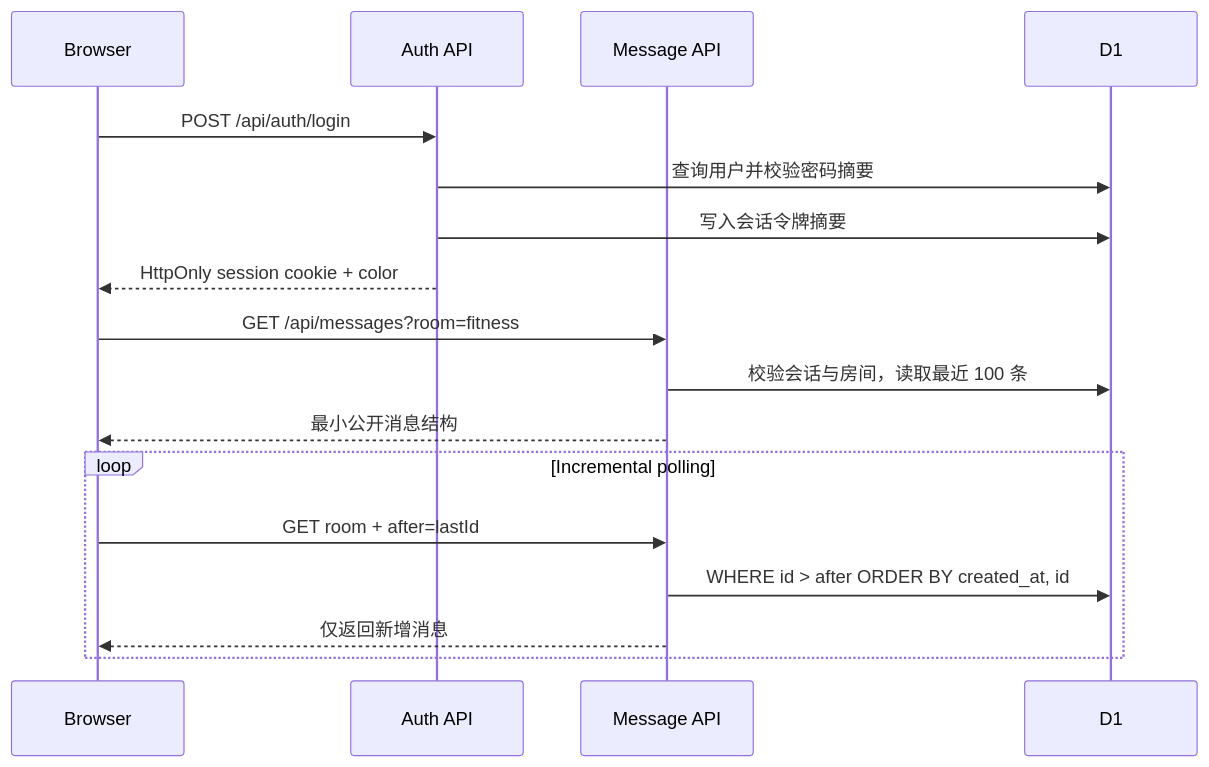
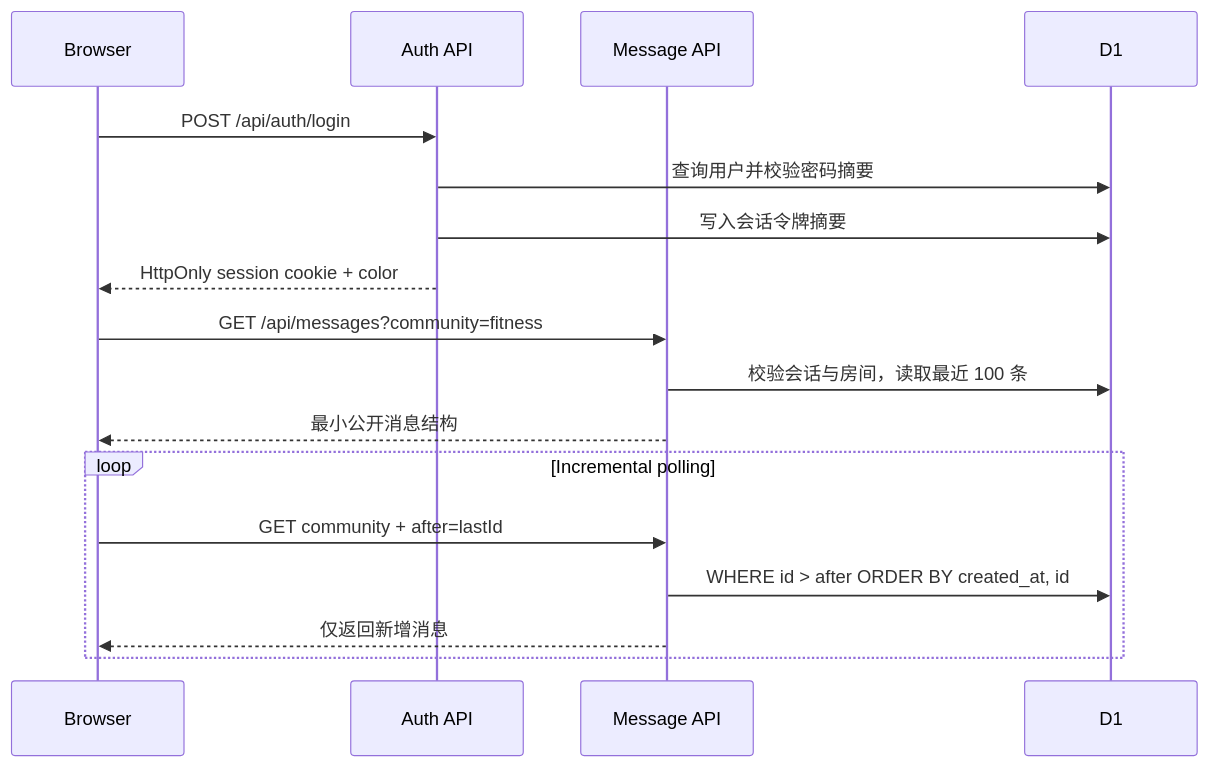
One commit to ZhaoyuanLiu23/VoidMessage changed the first of 2 diagrams in docs/ARCHITECTURE.md. Above: the diagram before and after it, drawn with Mermaid. The commit also changed other lines of this file and 2 other files, not shown here.

```diff
--- a/docs/ARCHITECTURE.md
+++ b/docs/ARCHITECTURE.md
@@ -20,20 +20,20 @@
 ~~~mermaid
 sequenceDiagram
     participant C as Browser
     participant A as Auth API
     participant M as Message API
     participant D as D1
 
     C->>A: POST /api/auth/login
     A->>D: 查询用户并校验密码摘要
     A->>D: 写入会话令牌摘要
     A-->>C: HttpOnly session cookie + color
-    C->>M: GET /api/messages?room=fitness
+    C->>M: GET /api/messages?community=fitness
     M->>D: 校验会话与房间，读取最近 100 条
     M-->>C: 最小公开消息结构
     loop Incremental polling
-        C->>M: GET room + after=lastId
+        C->>M: GET community + after=lastId
         M->>D: WHERE id > after ORDER BY created_at, id
         M-->>C: 仅返回新增消息
     end
 ~~~
```
